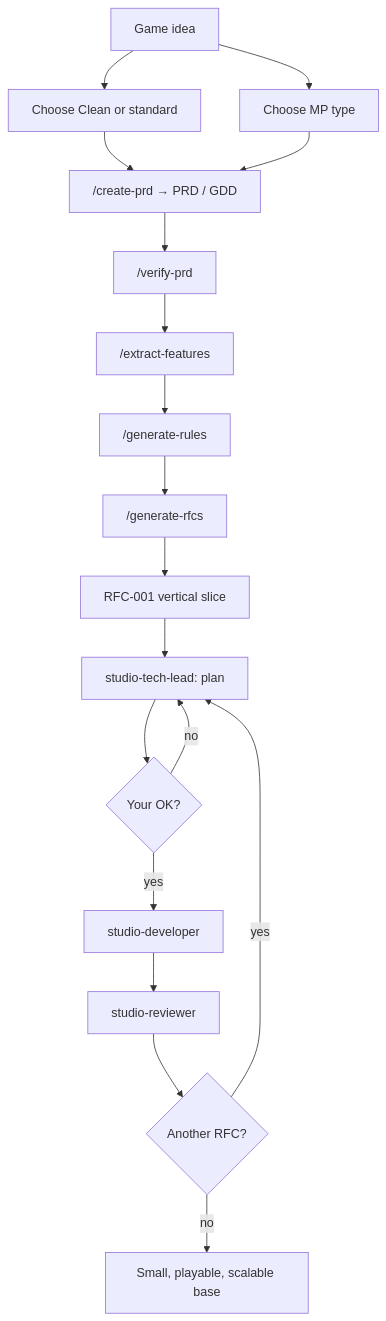
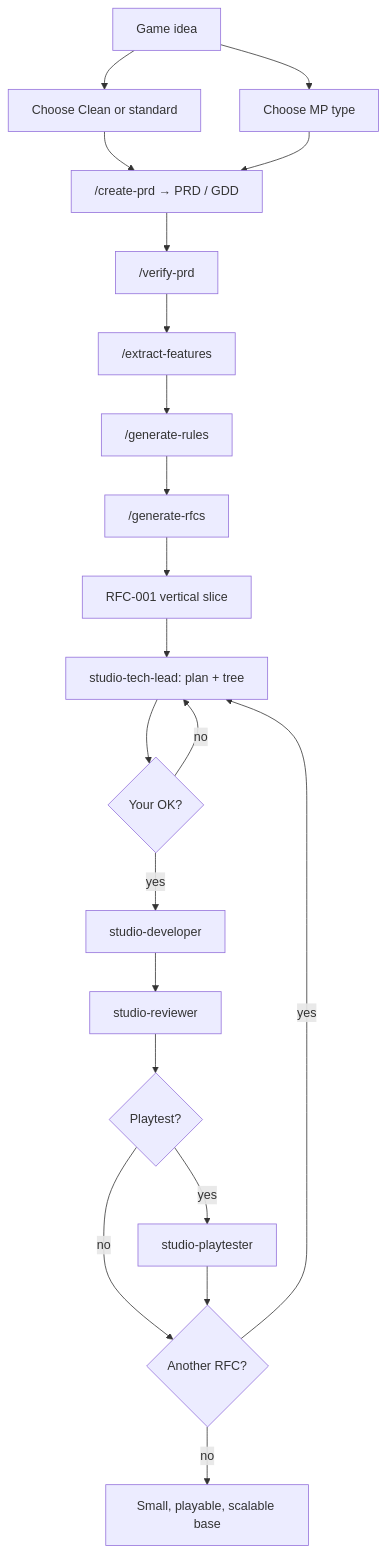
The fourth of 4 diagrams in README.md (Joelnicolass/godot-studio-skills), drawn with Mermaid before and after one commit. The commit also changed other lines of this file and 27 other files, not shown here.

First line of the commit message:
Port spec loop, playtest/visual agents, and studio memory to English.

````diff
--- a/README.md
+++ b/README.md
@@ -136,21 +138,24 @@
 ```mermaid
 flowchart TD
   idea[Game idea] --> arch[Choose Clean or standard]
   idea --> mp[Choose MP type]
   arch --> prd["/create-prd → PRD / GDD"]
   mp --> prd
   prd --> ver["/verify-prd"]
   ver --> feat["/extract-features"]
   feat --> rules["/generate-rules"]
   rules --> rfcs["/generate-rfcs"]
   rfcs --> slice[RFC-001 vertical slice]
 
-  slice --> plan[studio-tech-lead: plan]
+  slice --> plan[studio-tech-lead: plan + tree]
   plan --> ok{Your OK?}
   ok -->|no| plan
   ok -->|yes| dev[studio-developer]
   dev --> rev[studio-reviewer]
-  rev --> more{Another RFC?}
+  rev --> play{Playtest?}
+  play -->|yes| pt[studio-playtester]
+  play -->|no| more
+  pt --> more{Another RFC?}
   more -->|yes| plan
   more -->|no| done[Small, playable, scalable base]
 ```
````
